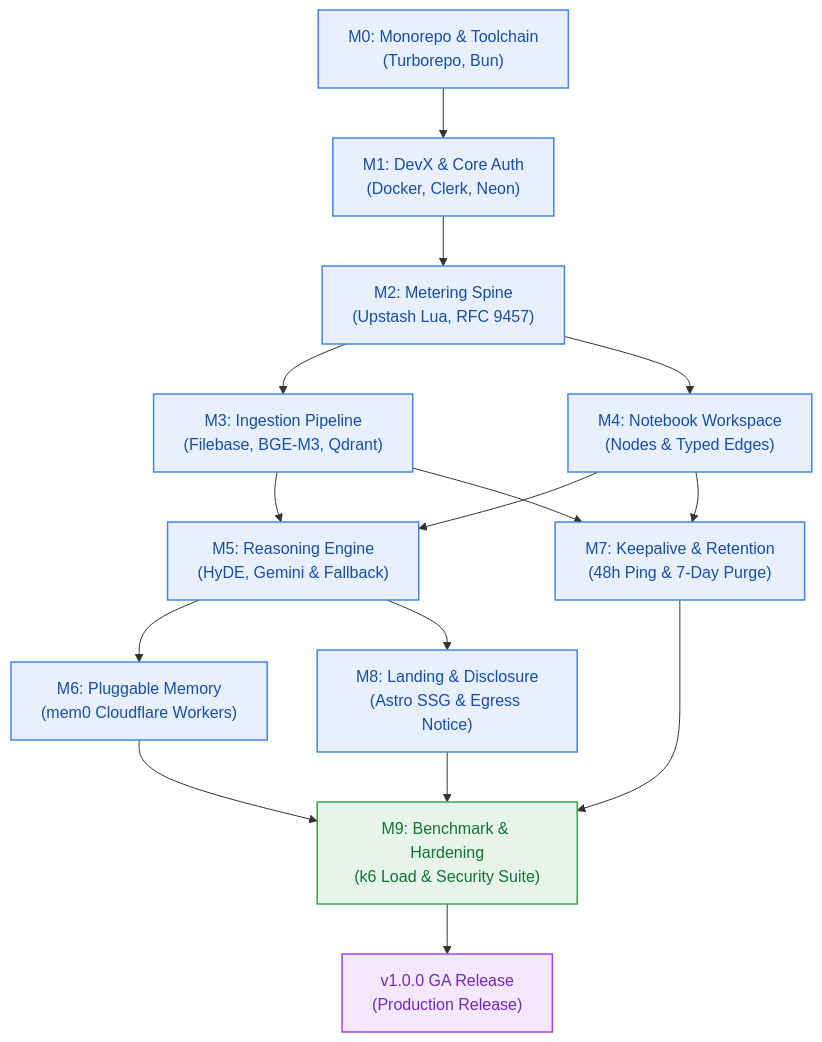
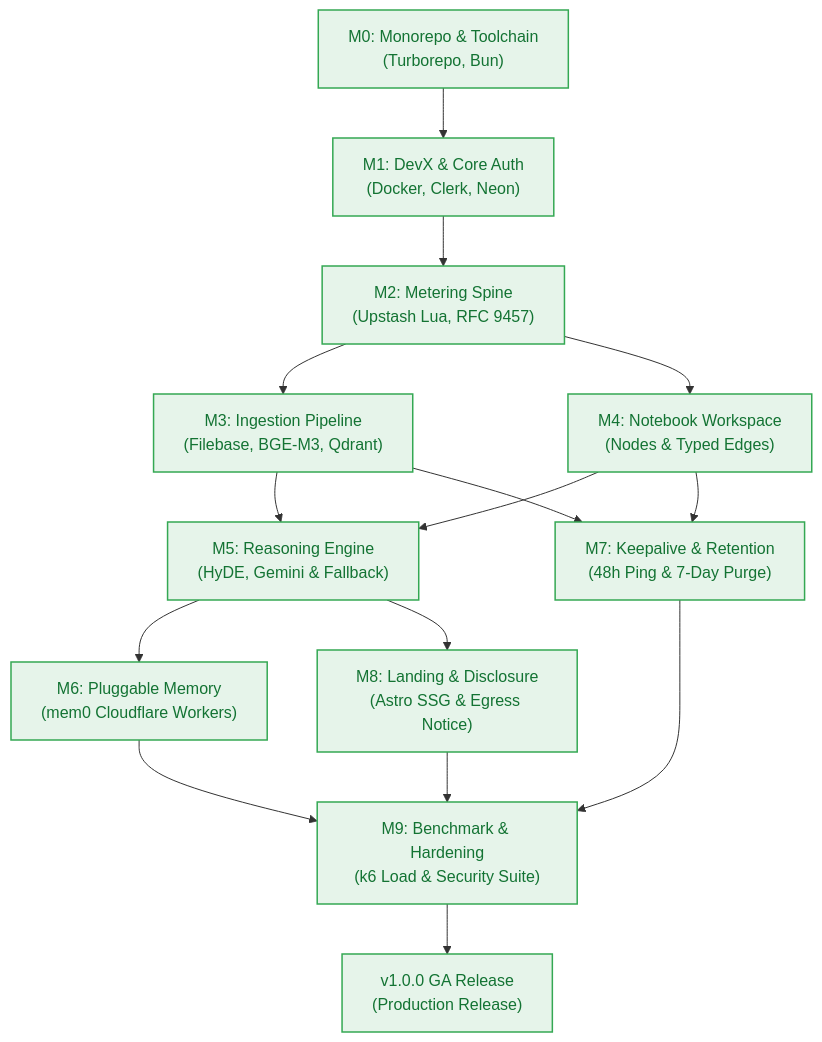
One commit to Glitch-guy0/Contextual changed the second of 4 diagrams in _documentation/planning/milestones/overview.md. Above: the diagram before and after it, drawn with Mermaid. The commit also changed other lines of this file and 35 other files, not shown here.

````diff
--- a/_documentation/planning/milestones/overview.md
+++ b/_documentation/planning/milestones/overview.md
@@ -79,31 +79,29 @@
 ```mermaid
 graph TD
     M0["M0: Monorepo & Toolchain<br/>(Turborepo, Bun)"] --> M1["M1: DevX & Core Auth<br/>(Docker, Clerk, Neon)"]
     M1 --> M2["M2: Metering Spine<br/>(Upstash Lua, RFC 9457)"]
     
     M2 --> M3["M3: Ingestion Pipeline<br/>(Filebase, BGE-M3, Qdrant)"]
     M2 --> M4["M4: Notebook Workspace<br/>(Nodes & Typed Edges)"]
     
     M3 --> M5["M5: Reasoning Engine<br/>(HyDE, Gemini & Fallback)"]
     M4 --> M5
     
     M5 --> M6["M6: Pluggable Memory<br/>(mem0 Cloudflare Workers)"]
     M3 --> M7["M7: Keepalive & Retention<br/>(48h Ping & 7-Day Purge)"]
     M4 --> M7
     
     M5 --> M8["M8: Landing & Disclosure<br/>(Astro SSG & Egress Notice)"]
     
     M6 --> M9["M9: Benchmark & Hardening<br/>(k6 Load & Security Suite)"]
     M7 --> M9
     M8 --> M9
     
     M9 --> V1["v1.0.0 GA Release<br/>(Production Release)"]
 
     classDef blue fill:#E8F0FE,stroke:#4285F4,stroke-width:1.5px,color:#174EA6;
     classDef green fill:#E6F4EA,stroke:#34A853,stroke-width:1.5px,color:#137333;
     classDef purple fill:#F3E8FD,stroke:#A142F4,stroke-width:1.5px,color:#7627BB;
 
-    class M0,M1,M2,M3,M4,M5,M6,M7,M8 blue;
-    class M9 green;
-    class V1 purple;
+    class M0,M1,M2,M3,M4,M5,M6,M7,M8,M9,V1 green;
 ```
````
